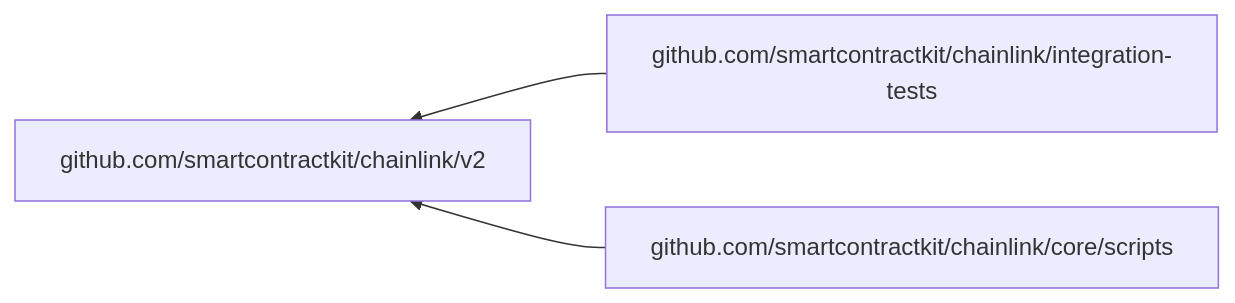
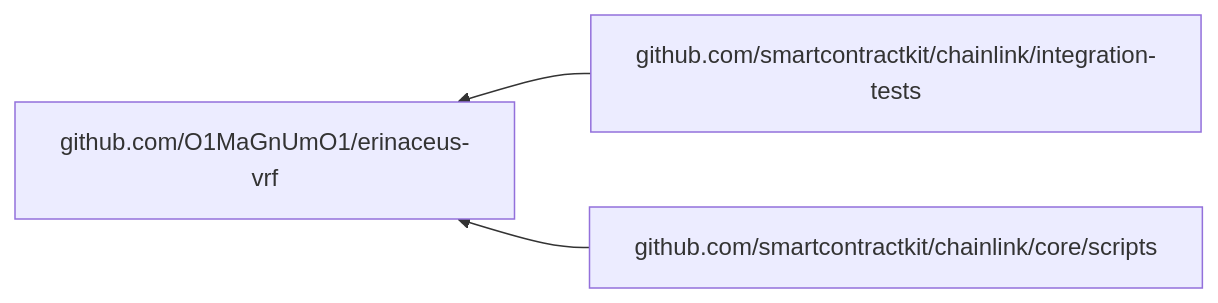
The diagram in README.md (O1MaGnUmO1/erinaceus-vrf), drawn with Mermaid before and after one commit. The commit also changed 869 other files, not shown here.

````diff
--- a/README.md
+++ b/README.md
@@ -228,7 +228,7 @@
 ```mermaid
 flowchart RL
-    github.com/smartcontractkit/chainlink/v2
-    github.com/smartcontractkit/chainlink/integration-tests --> github.com/smartcontractkit/chainlink/v2
-    github.com/smartcontractkit/chainlink/core/scripts --> github.com/smartcontractkit/chainlink/v2
+    github.com/O1MaGnUmO1/erinaceus-vrf
+    github.com/smartcontractkit/chainlink/integration-tests --> github.com/O1MaGnUmO1/erinaceus-vrf
+    github.com/smartcontractkit/chainlink/core/scripts --> github.com/O1MaGnUmO1/erinaceus-vrf
 
 ```
````
